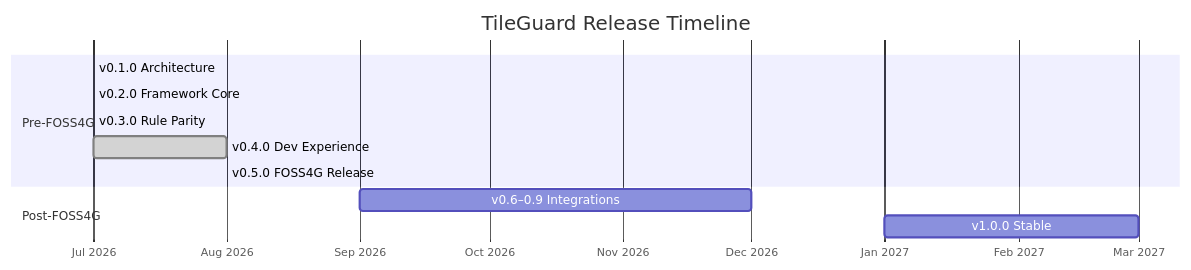
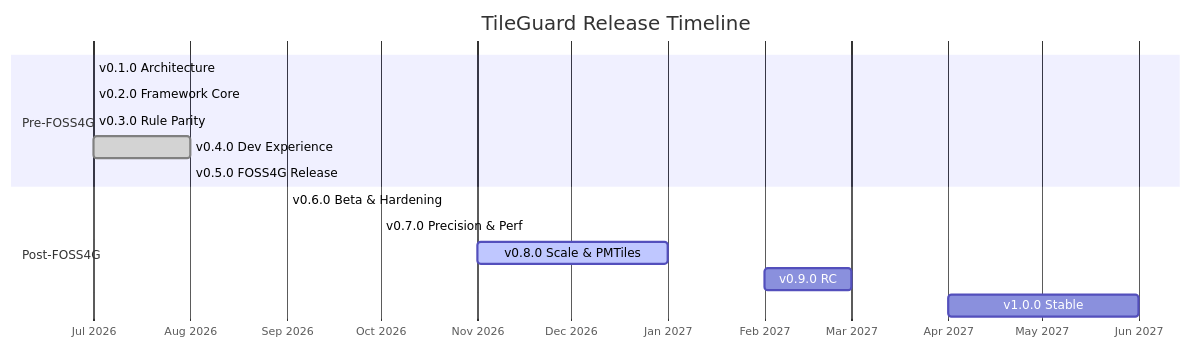
The diagram in docs-site/project/roadmap.md (shreeharshshinde/tileguard), drawn with Mermaid before and after one commit. The commit also changed other lines of this file, not shown here.

Commit message:
feat: update roadmap for v0.7.0 with precision milestone achievements and new features

````diff
--- a/docs-site/project/roadmap.md
+++ b/docs-site/project/roadmap.md
@@ -11,17 +11,20 @@
 ```mermaid
 gantt
     title TileGuard Release Timeline
     dateFormat YYYY-MM
     axisFormat %b %Y
 
     section Pre-FOSS4G
     v0.1.0 Architecture     :done, 2026-07, 2026-07
     v0.2.0 Framework Core   :done, 2026-07, 2026-07
     v0.3.0 Rule Parity      :done, 2026-07, 2026-07
-    v0.4.0 Dev Experience    :done, 2026-07, 2026-08
-    v0.5.0 FOSS4G Release   :active, 2026-08, 2026-08
+    v0.4.0 Dev Experience   :done, 2026-07, 2026-08
+    v0.5.0 FOSS4G Release   :done, 2026-08, 2026-08
 
     section Post-FOSS4G
-    v0.6–0.9 Integrations   :2026-09, 2026-12
-    v1.0.0 Stable           :2027-01, 2027-03
+    v0.6.0 Beta & Hardening :done, 2026-09, 2026-09
+    v0.7.0 Precision & Perf :done, 2026-10, 2026-10
+    v0.8.0 Scale & PMTiles  :active, 2026-11, 2027-01
+    v0.9.0 RC               :2027-02, 2027-03
+    v1.0.0 Stable           :2027-04, 2027-06
 ```
````
